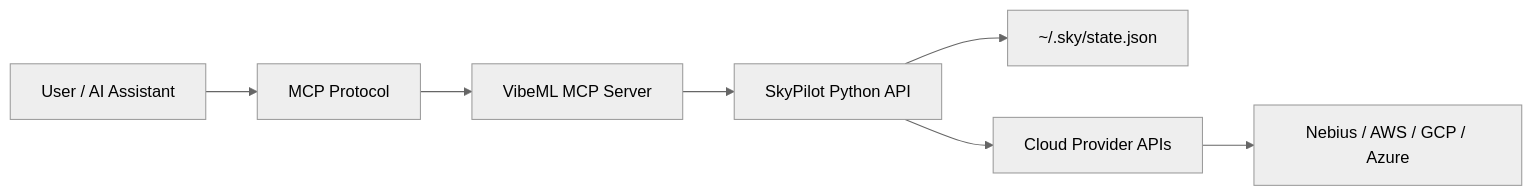
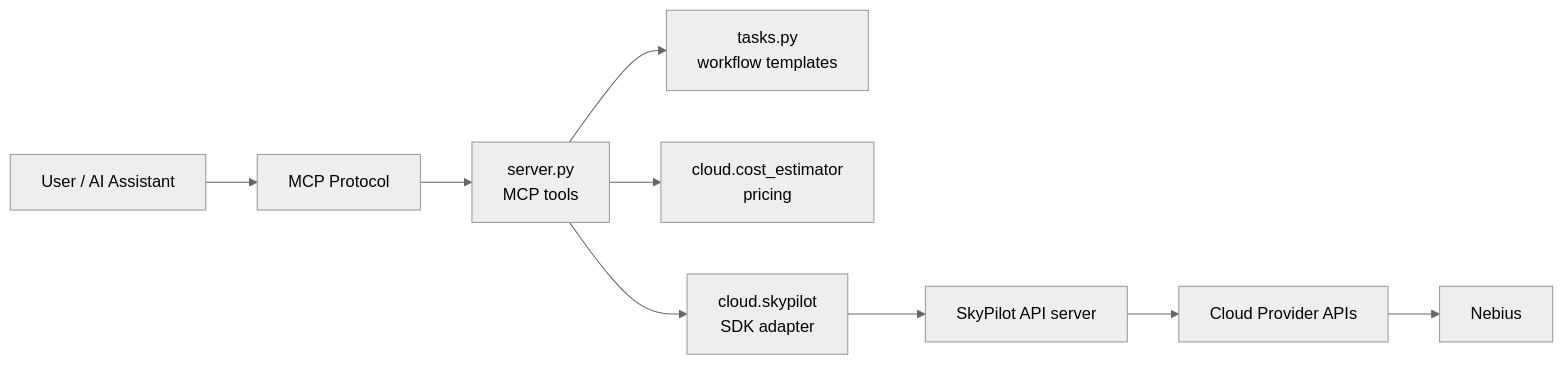
Before and after one commit to prassanna-ravishankar/vibeml: the diagram in docs/concepts/architecture.md, drawn with Mermaid (neutral theme). The commit also changed other lines of this file and 13 other files, not shown here.

First line of the commit message:
Port MCP server to SkyPilot's request-based SDK (#35)

````diff
--- a/docs/concepts/architecture.md
+++ b/docs/concepts/architecture.md
@@ -23,9 +22,11 @@
 ```mermaid
 graph LR
     A[User / AI Assistant] --> B[MCP Protocol]
-    B --> C[VibeML MCP Server]
-    C --> D[SkyPilot Python API]
-    D --> E[~/.sky/state.json]
+    B --> C[server.py<br/>MCP tools]
+    C --> T[tasks.py<br/>workflow templates]
+    C --> P[cloud.cost_estimator<br/>pricing]
+    C --> S[cloud.skypilot<br/>SDK adapter]
+    S --> D[SkyPilot API server]
     D --> F[Cloud Provider APIs]
-    F --> G[Nebius / AWS / GCP / Azure]
+    F --> G[Nebius]
 ```
````
